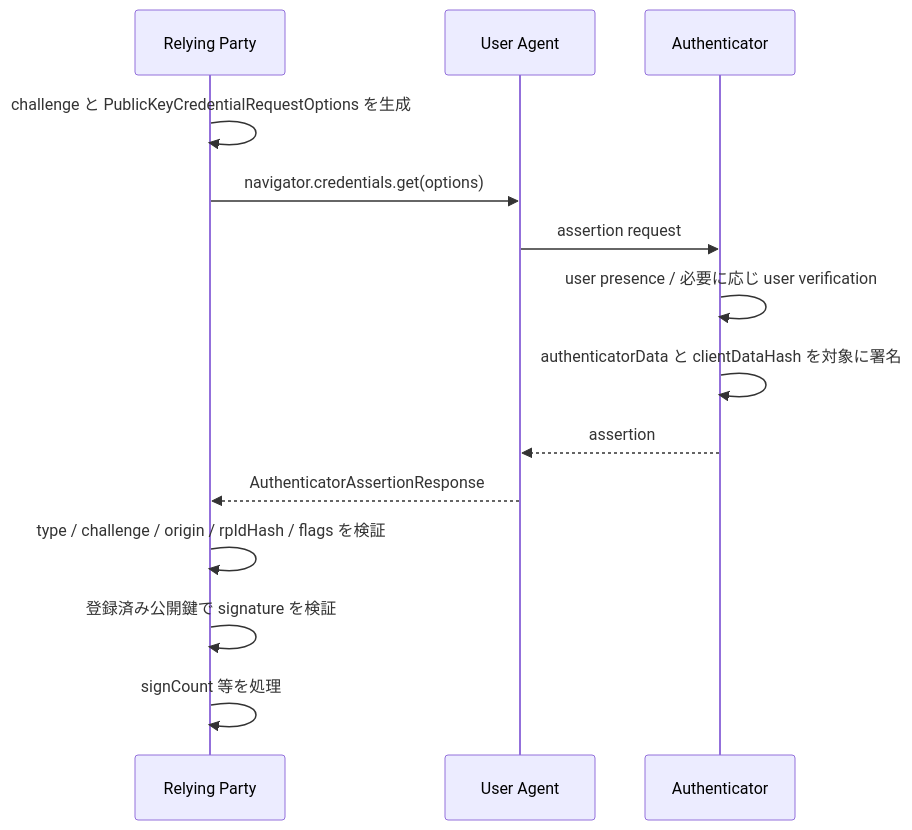
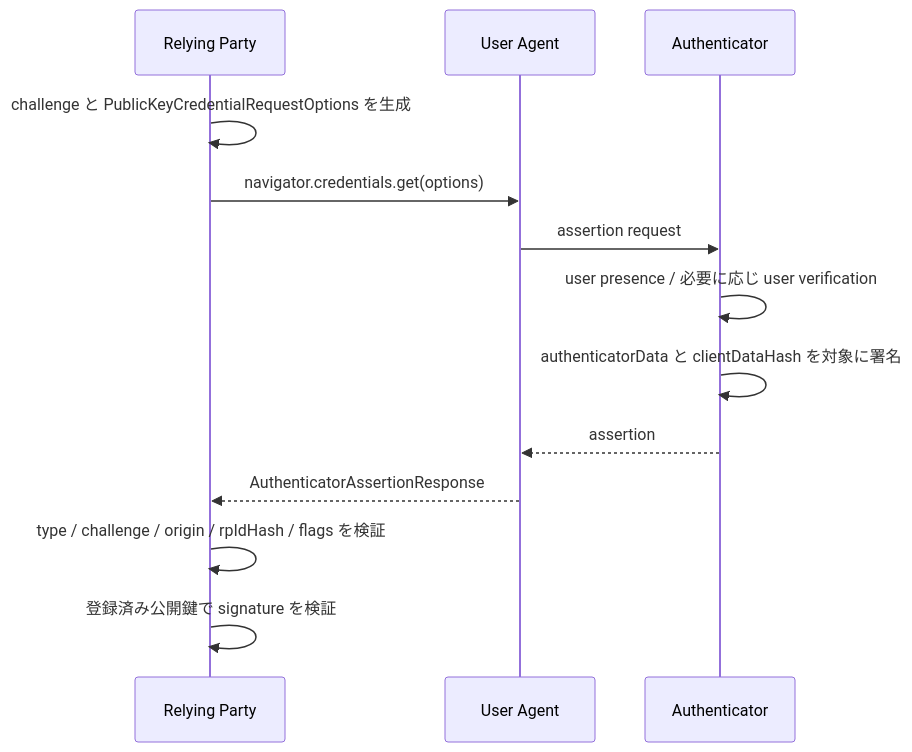
The third of 3 diagrams in _posts/2026-09-18-webauthn-level-3-recommendation.md (nbifrye/1548d6d9-8655-48d3-817f-d41469b6b27e), drawn with Mermaid before and after one commit. The commit also changed other lines of this file, not shown here.

```diff
--- a/_posts/2026-09-18-webauthn-level-3-recommendation.md
+++ b/_posts/2026-09-18-webauthn-level-3-recommendation.md
@@ -109,16 +131,15 @@
 <pre class="mermaid">
 sequenceDiagram
     participant RP as Relying Party
     participant UA as User Agent
     participant A as Authenticator
     RP->>RP: challenge と PublicKeyCredentialRequestOptions を生成
     RP->>UA: navigator.credentials.get(options)
     UA->>A: assertion request
     A->>A: user presence / 必要に応じ user verification
     A->>A: authenticatorData と clientDataHash を対象に署名
     A-->>UA: assertion
     UA-->>RP: AuthenticatorAssertionResponse
     RP->>RP: type / challenge / origin / rpIdHash / flags を検証
     RP->>RP: 登録済み公開鍵で signature を検証
-    RP->>RP: signCount 等を処理
 </pre>
```
